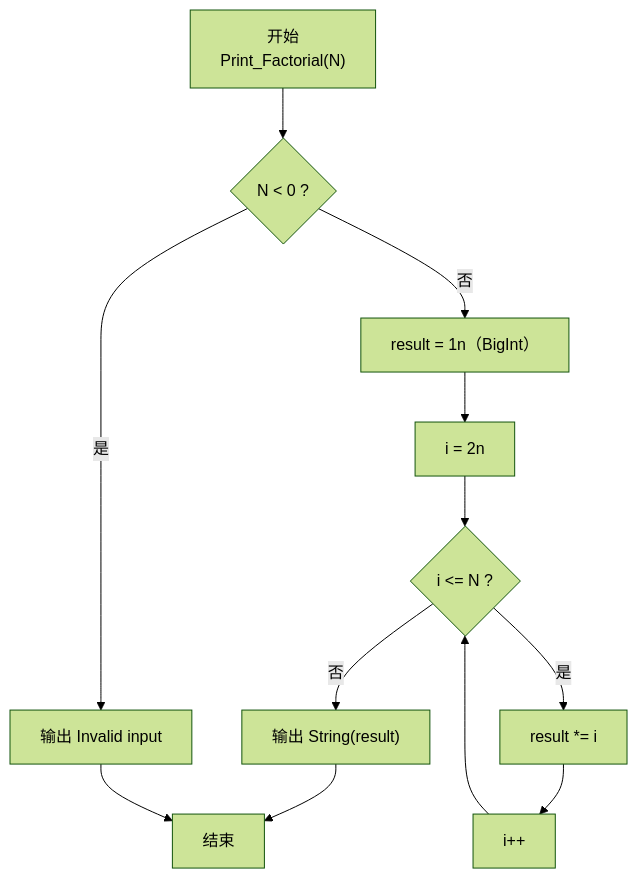
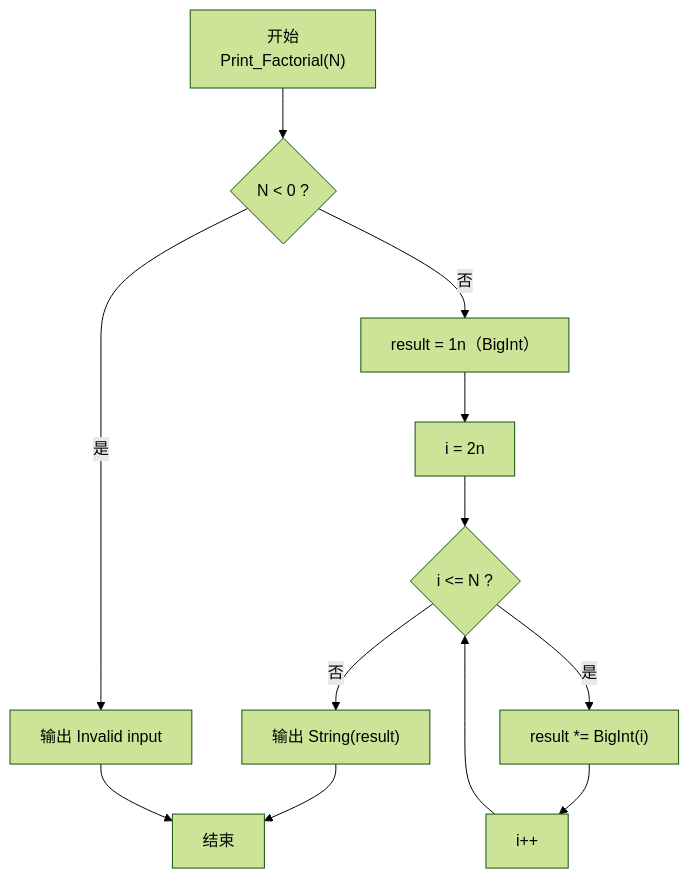
Before and after one commit to pta-program/pta_basic_program_article_by_javascript: the first of 2 diagrams in 函数题/PTA基础编程题目集 6-10阶乘计算升级版（JavaScript实现）.md, drawn with Mermaid (forest theme). The commit also changed other lines of this file and 50 other files, not shown here.

````diff
--- a/函数题/PTA基础编程题目集 6-10阶乘计算升级版（JavaScript实现）.md
+++ b/函数题/PTA基础编程题目集 6-10阶乘计算升级版（JavaScript实现）.md
@@ -124,14 +146,14 @@
 ```mermaid
 flowchart TD
   A["开始\nPrint_Factorial(N)"] --> B{"N < 0 ?"}
   B -- "是" --> C["输出 Invalid input"]
   B -- "否" --> D["result = 1n（BigInt）"]
   D --> E["i = 2n"]
   E --> F{"i <= N ?"}
-  F -- "是" --> G["result *= i"]
+  F -- "是" --> G["result *= BigInt(i)"]
   G --> H["i++"]
   H --> F
   F -- "否" --> I["输出 String(result)"]
   I --> P["结束"]
   C --> P
 ```
````
